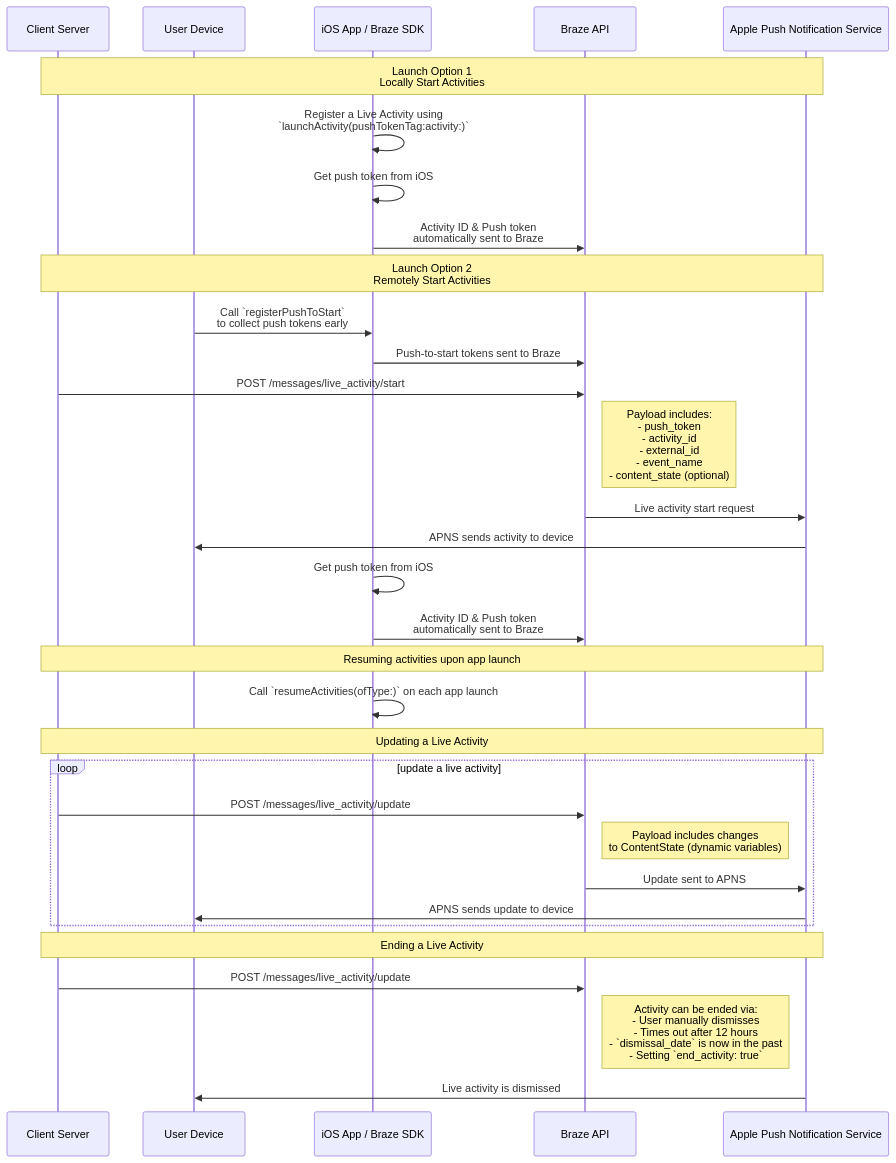
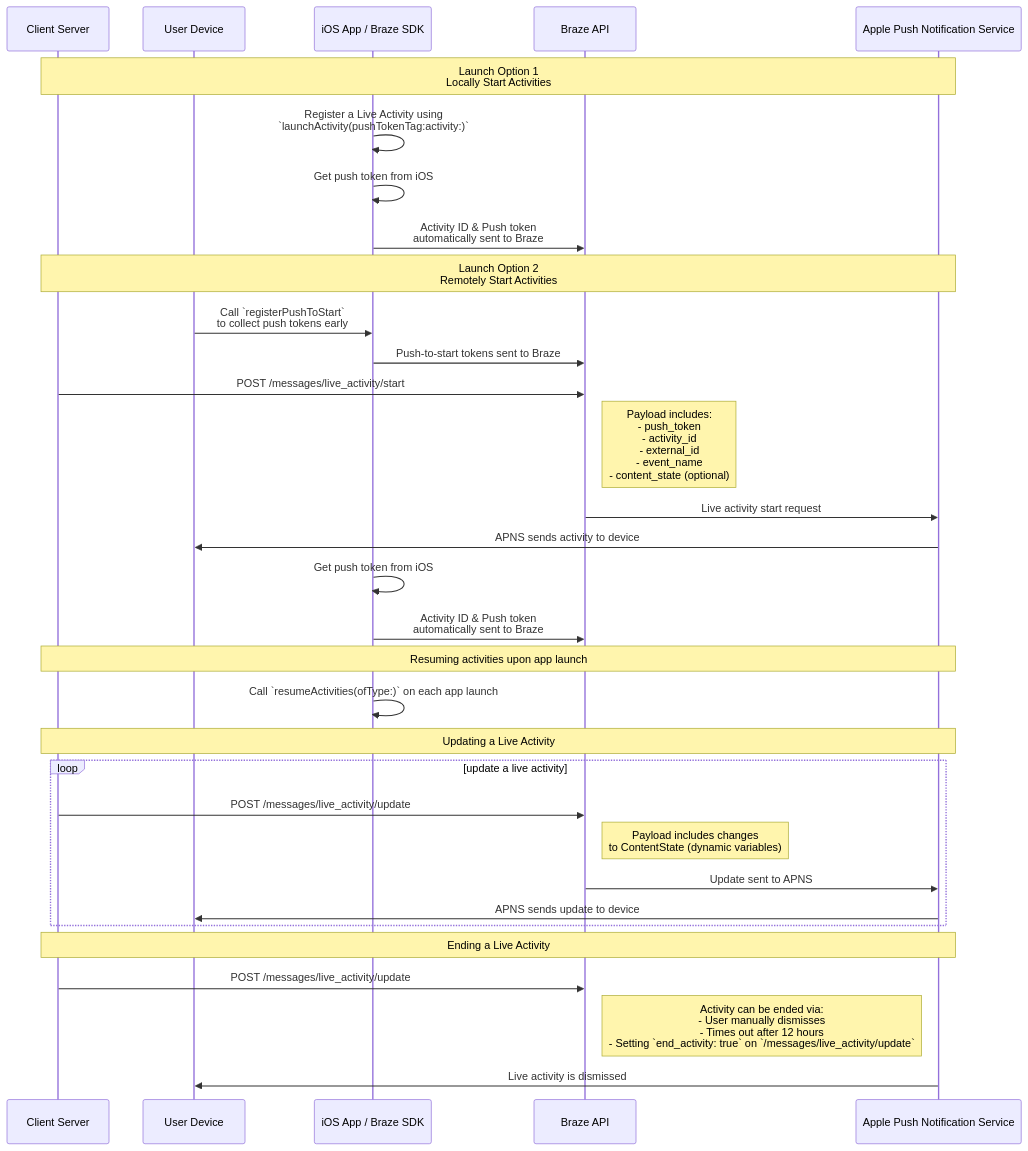
One commit to braze-inc/braze-docs changed the diagram in _docs/_developer_guide/live_notifications/live_activities.md. Above: the diagram before and after it, drawn with Mermaid. The commit also changed other lines of this file and 1 other file, not shown here.

Commit message:
Remove dismissal_date from start.md and include instructions on update

````diff
--- a/_docs/_developer_guide/live_notifications/live_activities.md
+++ b/_docs/_developer_guide/live_notifications/live_activities.md
@@ -27,38 +27,38 @@
 ```mermaid
 ---
 config:
   theme: mc
 ---
 sequenceDiagram
   participant Server as Client Server
   participant Device as User Device
   participant App as iOS App / Braze SDK
   participant BrazeAPI as Braze API
   participant APNS as Apple Push Notification Service
   Note over Server, APNS: Launch Option 1<br/>Locally Start Activities
   App ->> App: Register a Live Activity using <br>`launchActivity(pushTokenTag:activity:)`
   App ->> App: Get push token from iOS
   App ->> BrazeAPI: Activity ID & Push token<br>automatically sent to Braze
   Note over Server, APNS: Launch Option 2<br/>Remotely Start Activities
   Device ->> App: Call `registerPushToStart`<br>to collect push tokens early
   App ->> BrazeAPI: Push-to-start tokens sent to Braze
   Server ->> BrazeAPI: POST /messages/live_activity/start
   Note right of BrazeAPI: Payload includes:<br>- push_token<br>- activity_id<br>- external_id<br>- event_name<br>- content_state (optional)
   BrazeAPI ->> APNS: Live activity start request
   APNS ->> Device: APNS sends activity to device
   App ->> App: Get push token from iOS
   App ->> BrazeAPI: Activity ID & Push token<br>automatically sent to Braze
   Note over Server, APNS: Resuming activities upon app launch
   App ->> App: Call `resumeActivities(ofType:)` on each app launch
   Note over Server, APNS: Updating a Live Activity
   loop update a live activity
   Server ->> BrazeAPI: POST /messages/live_activity/update
   Note right of BrazeAPI: Payload includes changes<br>to ContentState (dynamic variables)
   BrazeAPI ->> APNS: Update sent to APNS
   APNS ->> Device: APNS sends update to device
   end
   Note over Server, APNS: Ending a Live Activity
   Server ->> BrazeAPI: POST /messages/live_activity/update
-  Note right of BrazeAPI: Activity can be ended via:<br> - User manually dismisses<br>- Times out after 12 hours<br>- `dismissal_date` is now in the past<br>- Setting `end_activity: true`
+  Note right of BrazeAPI: Activity can be ended via:<br> - User manually dismisses<br>- Times out after 12 hours<br>- Setting `end_activity: true` on `/messages/live_activity/update`
   APNS ->> Device: Live activity is dismissed
 ```
````
